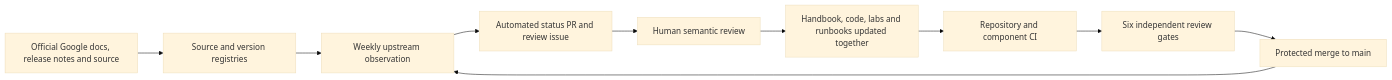
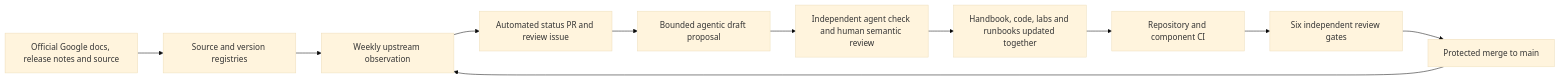
One commit to inderanz/agent-ai-knowledge-store changed the diagram in README.md. Above: the diagram before and after it, drawn with Mermaid (base theme). The commit also changed other lines of this file and 898 other files, not shown here.

````diff
--- a/README.md
+++ b/README.md
@@ -44,12 +48,13 @@
 ```mermaid
 flowchart LR
     U[Official Google docs, release notes and source] --> R[Source and version registries]
     R --> A[Weekly upstream observation]
     A --> P[Automated status PR and review issue]
-    P --> H[Human semantic review]
+    P --> D[Bounded agentic draft proposal]
+    D --> H[Independent agent check and human semantic review]
     H --> C[Handbook, code, labs and runbooks updated together]
     C --> Q[Repository and component CI]
     Q --> G[Six independent review gates]
     G --> M[Protected merge to main]
     M --> A
 ```
````
